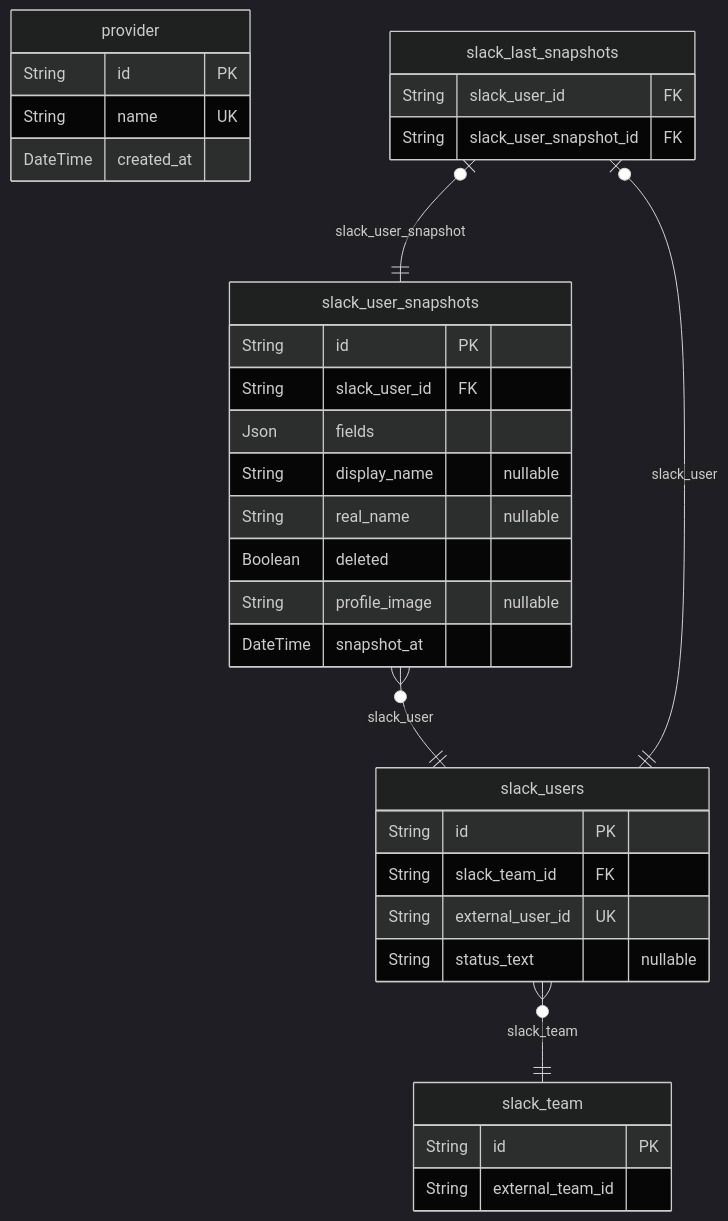
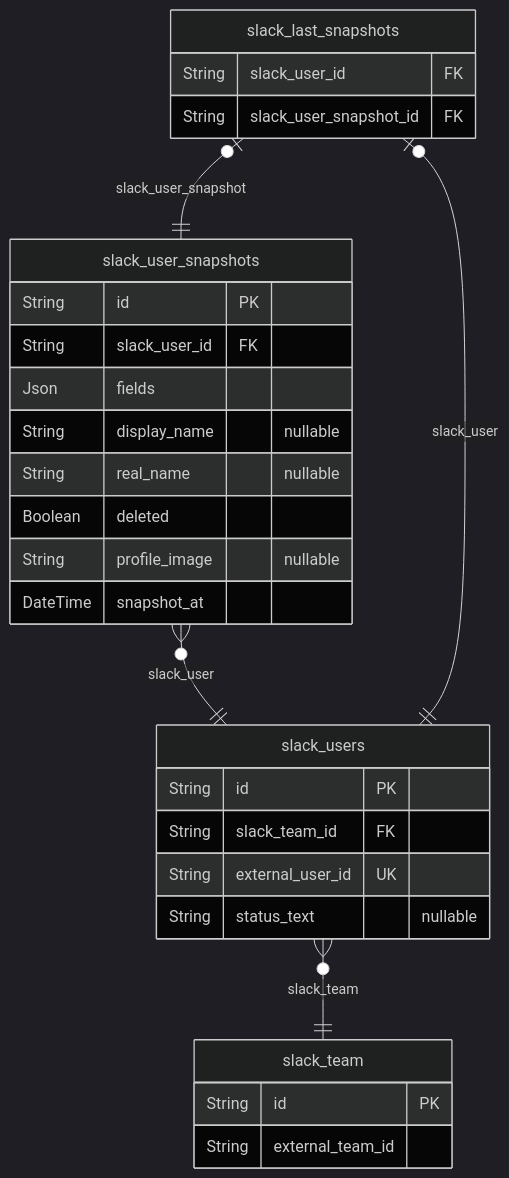
The ninth of 9 diagrams in docs/ERD.md (wrtnio/connectors), drawn with Mermaid (dark theme) before and after one commit. The commit also changed other lines of this file and 2 other files, not shown here.

````diff
--- a/docs/ERD.md
+++ b/docs/ERD.md
@@ -461,36 +650,31 @@
 ```mermaid
 erDiagram
-"provider" {
-  String id PK
-  String name UK
-  DateTime created_at
-}
 "slack_team" {
   String id PK
   String external_team_id
 }
 "slack_users" {
   String id PK
   String slack_team_id FK
   String external_user_id UK
   String status_text "nullable"
 }
 "slack_user_snapshots" {
   String id PK
   String slack_user_id FK
   Json fields
   String display_name "nullable"
   String real_name "nullable"
   Boolean deleted
   String profile_image "nullable"
   DateTime snapshot_at
 }
 "slack_last_snapshots" {
   String slack_user_id FK
   String slack_user_snapshot_id FK
 }
 "slack_users" }o--|| "slack_team" : slack_team
 "slack_user_snapshots" }o--|| "slack_users" : slack_user
 "slack_last_snapshots" |o--|| "slack_users" : slack_user
 "slack_last_snapshots" |o--|| "slack_user_snapshots" : slack_user_snapshot
 ```
````
